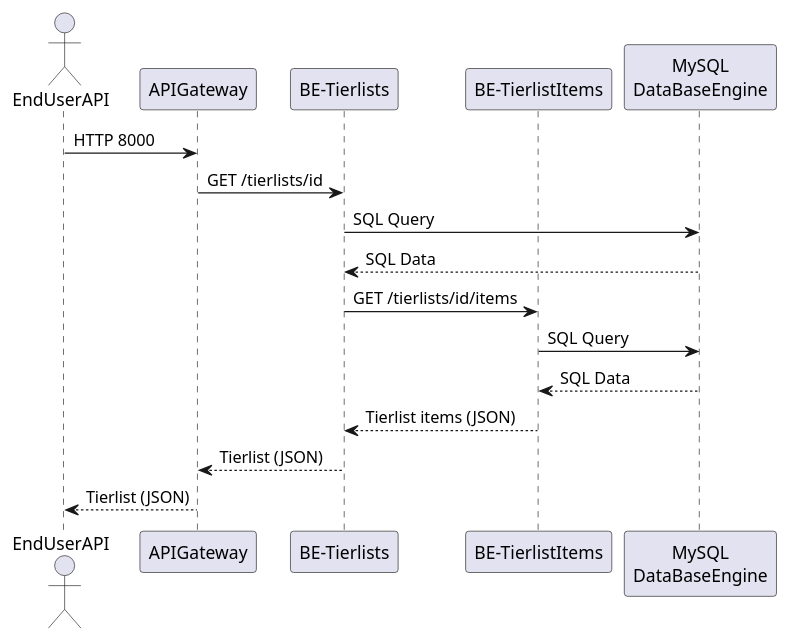
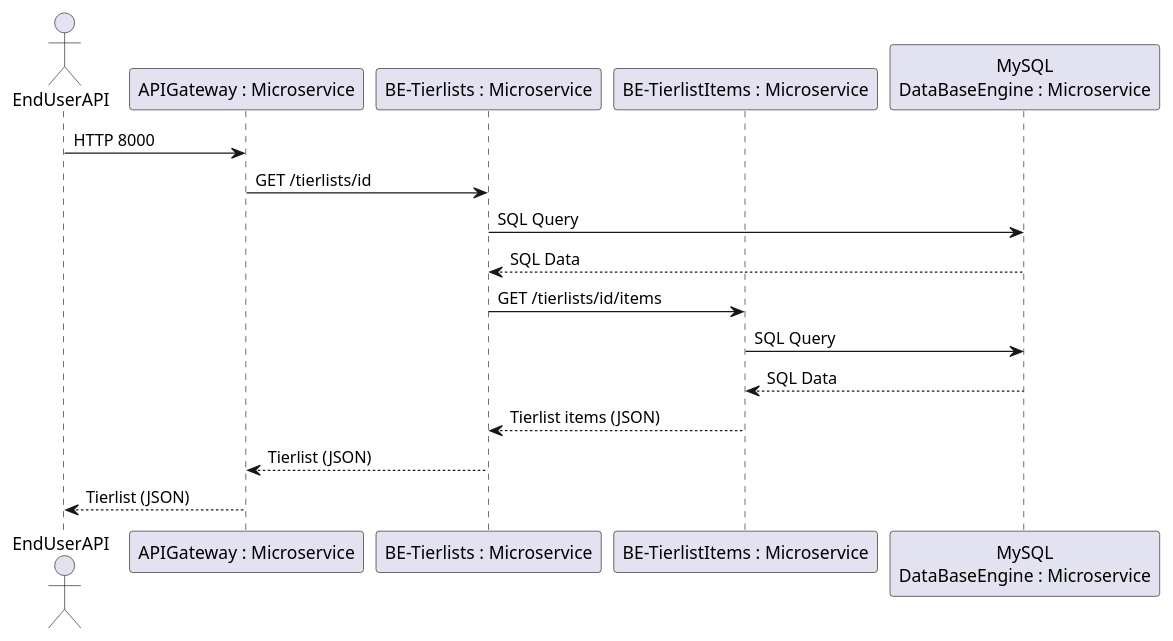
Before and after one commit to CPNV-VIR1/BE-MAKELIST: the diagram in docs/sequenceDiagram.puml, drawn with PlantUML.

Commit message:
docs(fix): adding types to the sequence diagram

```diff
--- a/docs/sequenceDiagram.puml
+++ b/docs/sequenceDiagram.puml
@@ -1,18 +1,18 @@
 @startuml
 actor EndUserAPI
-participant "APIGateway" as APIGateway
-participant "BE-Tierlists" as BackendLists
-participant "BE-TierlistItems" as BackendItems
-participant "MySQL\nDataBaseEngine" as MySQL
+participant "APIGateway : Microservice" as APIGateway
+participant "BE-Tierlists : Microservice" as BackendLists
+participant "BE-TierlistItems : Microservice" as BackendItems
+participant "MySQL\nDataBaseEngine : Microservice" as MySQL
 
 EndUserAPI -> APIGateway : HTTP 8000
 APIGateway -> BackendLists : GET /tierlists/id
 BackendLists -> MySQL : SQL Query
 BackendLists <-- MySQL : SQL Data
 BackendLists -> BackendItems : GET /tierlists/id/items
 BackendItems -> MySQL : SQL Query
 BackendItems <-- MySQL : SQL Data
 BackendItems --> BackendLists : Tierlist items (JSON)
 BackendLists --> APIGateway : Tierlist (JSON)
 APIGateway --> EndUserAPI : Tierlist (JSON)
 @enduml
```
